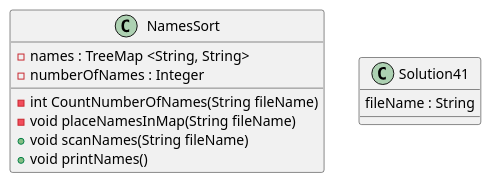
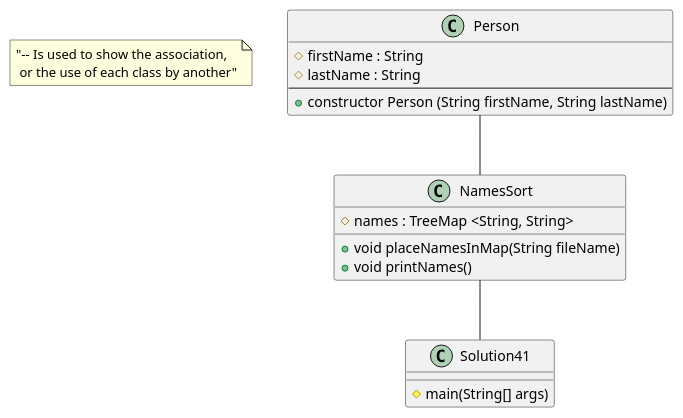
The diagram in exercise41/docs/Solution41UMLdiagram.puml (CATastrophic141/Simpson-a04), drawn with PlantUML before and after one commit. The commit also changed 8 other files, not shown here.

```diff
--- a/exercise41/docs/Solution41UMLdiagram.puml
+++ b/exercise41/docs/Solution41UMLdiagram.puml
@@ -1,18 +1,29 @@
 @startuml
 'https://plantuml.com/class-diagram
 
+note as N1
+  "-- Is used to show the association,
+   or the use of each class by another"
+end note
+
+class Person{
+# firstName : String
+# lastName : String
+--
++ constructor Person (String firstName, String lastName)
+}
+Person -- NamesSort
+
+
 class NamesSort{
-- names : TreeMap <String, String>
-- numberOfNames : Integer
+# names : TreeMap <String, String>
 __
-- int CountNumberOfNames(String fileName)
-- void placeNamesInMap(String fileName)
-+ void scanNames(String fileName)
++ void placeNamesInMap(String fileName)
 + void printNames()
 }
+NamesSort -- Solution41
 
 class Solution41{
-fileName : String
-
+# main(String[] args)
 }
 @enduml
```
